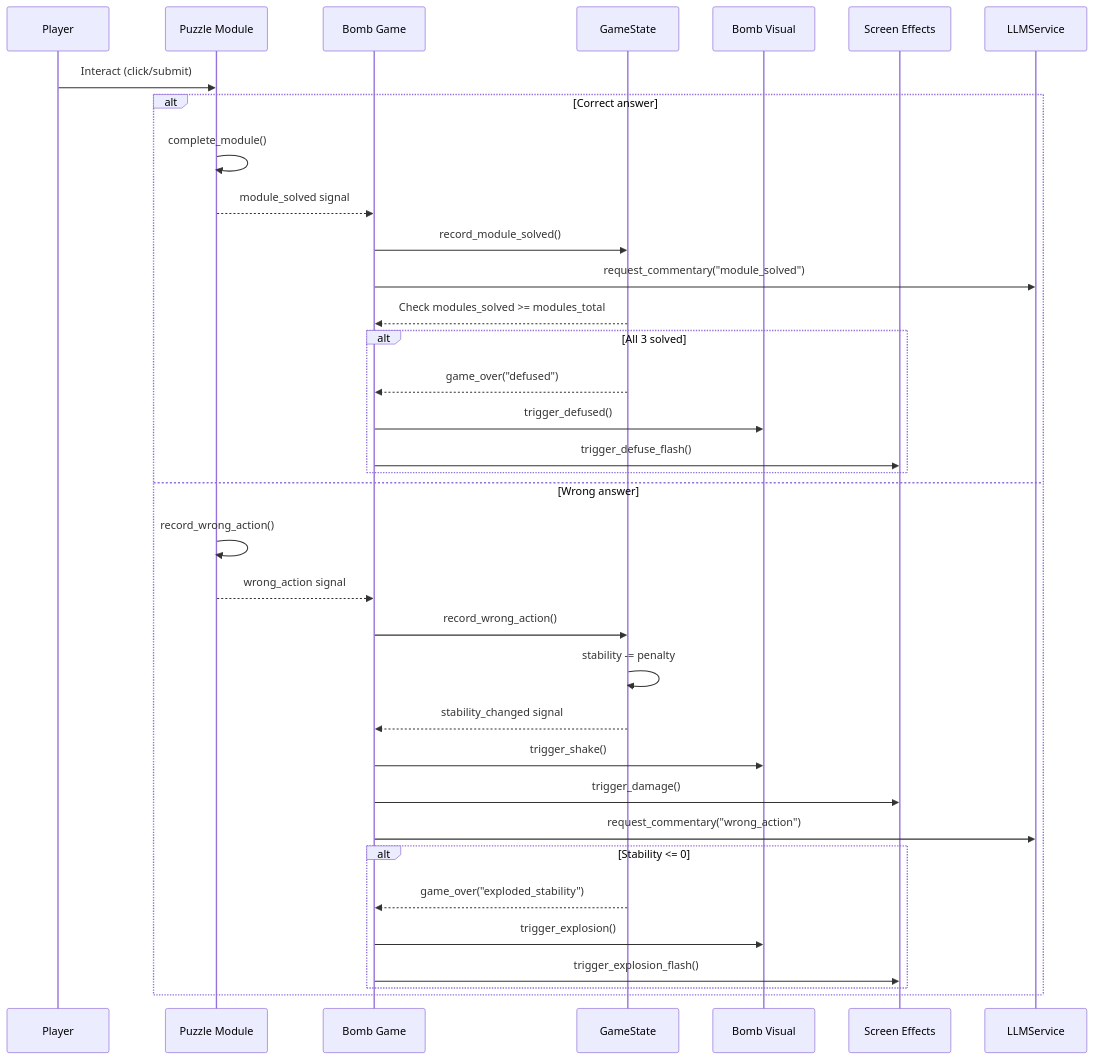
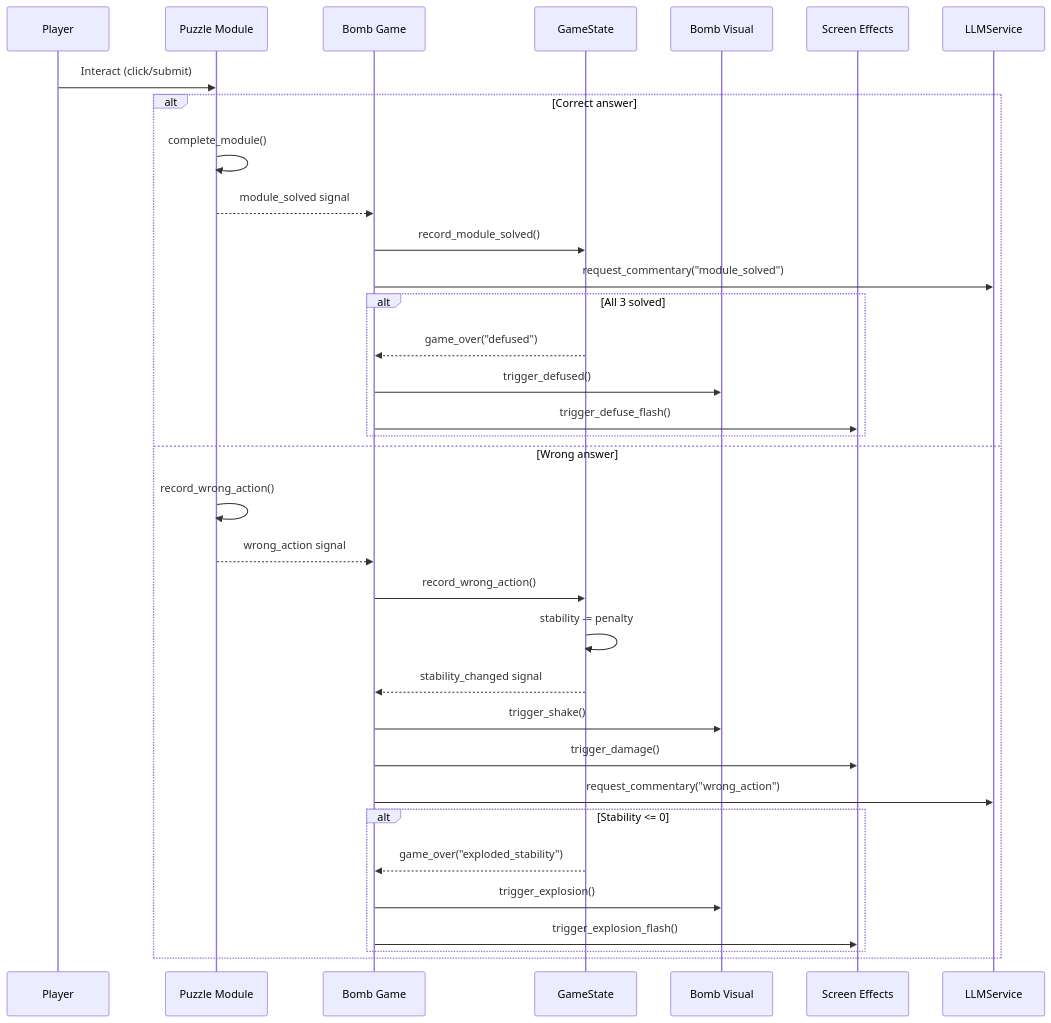
Before and after one commit to pouriamrt/algorithm-defusal-game: the first of 3 diagrams in README.md, drawn with Mermaid. The commit also changed other lines of this file, not shown here.

First line of the commit message:
docs: streamline README — keep best diagrams, enhance text throughout

````diff
--- a/README.md
+++ b/README.md
@@ -122,39 +65,38 @@
 ```mermaid
 sequenceDiagram
     participant P as Player
     participant M as Puzzle Module
     participant BG as Bomb Game
     participant GS as GameState
     participant BV as Bomb Visual
     participant FX as Screen Effects
     participant LS as LLMService
 
     P->>M: Interact (click/submit)
 
     alt Correct answer
         M->>M: complete_module()
         M-->>BG: module_solved signal
         BG->>GS: record_module_solved()
         BG->>LS: request_commentary("module_solved")
-        GS-->>BG: Check modules_solved >= modules_total
         alt All 3 solved
             GS-->>BG: game_over("defused")
             BG->>BV: trigger_defused()
             BG->>FX: trigger_defuse_flash()
         end
     else Wrong answer
         M->>M: record_wrong_action()
         M-->>BG: wrong_action signal
         BG->>GS: record_wrong_action()
         GS->>GS: stability -= penalty
         GS-->>BG: stability_changed signal
         BG->>BV: trigger_shake()
         BG->>FX: trigger_damage()
         BG->>LS: request_commentary("wrong_action")
         alt Stability <= 0
             GS-->>BG: game_over("exploded_stability")
             BG->>BV: trigger_explosion()
             BG->>FX: trigger_explosion_flash()
         end
     end
 ```
````
